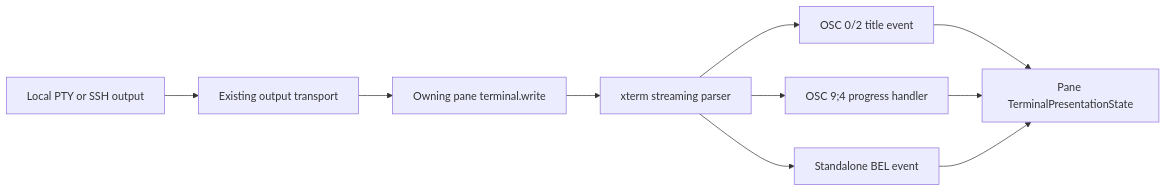
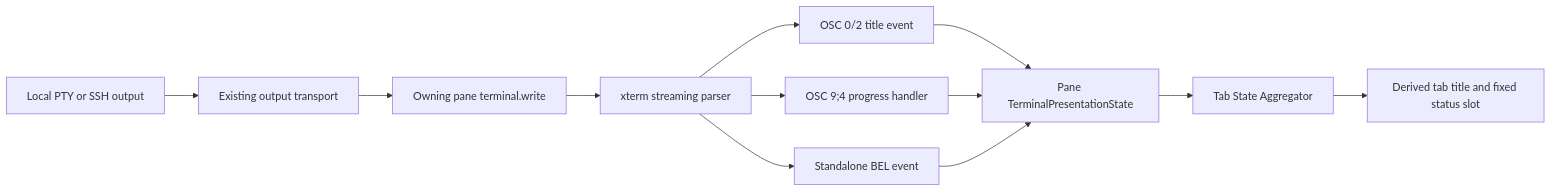
The third of 4 diagrams in docs/developer/runtime/ssh-terminal.md (agoudbg/Cosmosh), drawn with Mermaid before and after one commit. The commit also changed other lines of this file and 22 other files, not shown here.

````diff
--- a/docs/developer/runtime/ssh-terminal.md
+++ b/docs/developer/runtime/ssh-terminal.md
@@ -215,12 +218,14 @@
 ```mermaid
 flowchart LR
   PTY[Local PTY or SSH output] --> WS[Existing output transport]
   WS --> WRITE[Owning pane terminal.write]
   WRITE --> XP[xterm streaming parser]
   XP --> TITLE[OSC 0/2 title event]
   XP --> PROGRESS[OSC 9;4 progress handler]
   XP --> BELL[Standalone BEL event]
   TITLE --> STATE[Pane TerminalPresentationState]
   PROGRESS --> STATE
   BELL --> STATE
+  STATE --> TAB[Tab State Aggregator]
+  TAB --> CHROME[Derived tab title and fixed status slot]
 ```
````
